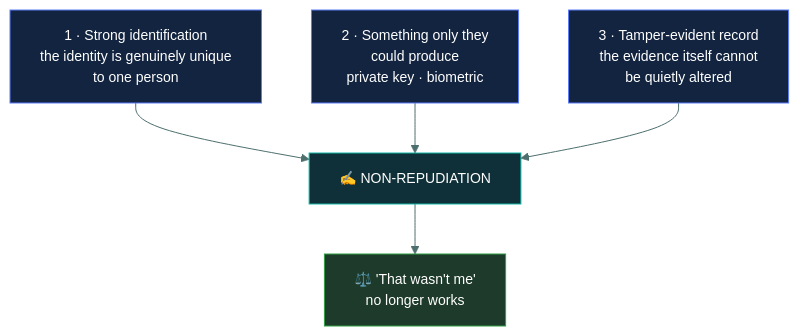
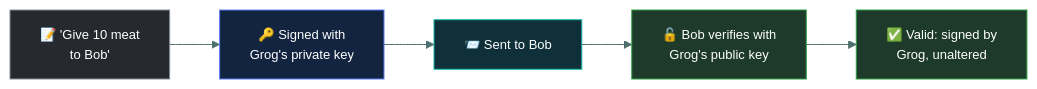
Before and after one commit to tarunTejaDesireddy/cc-exam-prep: the second of 3 diagrams in 01-security-principles/non-repudiation/README.md, drawn with Mermaid. The commit also changed other lines of this file and 1 other file, not shown here.

First line of the commit message:
Rewrite non-repudiation with the Grog's-mark caveman walkthrough

````diff
--- a/01-security-principles/non-repudiation/README.md
+++ b/01-security-principles/non-repudiation/README.md
@@ -67,14 +106,14 @@
 ```mermaid
-%%{init: {'theme':'base','themeVariables':{'fontSize':'14px','lineColor':'#4d6f6e','textColor':'#dbe7e6'}}}%%
-flowchart TD
-    A["1 · Strong identification<br/>the identity is genuinely unique<br/>to one person"] --> N["✍️ NON-REPUDIATION"]
-    B["2 · Something only they<br/>could produce<br/>private key · biometric"] --> N
-    C["3 · Tamper-evident record<br/>the evidence itself cannot<br/>be quietly altered"] --> N
-    N --> R["⚖️ 'That wasn't me'<br/>no longer works"]
+%%{init: {'theme':'base','themeVariables':{'fontFamily':'Segoe UI, Helvetica Neue, Arial, sans-serif','fontSize':'13px','lineColor':'#4d6f6e','textColor':'#dbe7e6'}}}%%
+flowchart LR
+    MSG["📝 'Give 10 meat<br/>to Bob'"] --> SIGN["🔑 Signed with<br/>Grog's private key"]
+    SIGN --> SEND["📨 Sent to Bob"]
+    SEND --> VER["🔓 Bob verifies with<br/>Grog's public key"]
+    VER --> OK["✅ Valid: signed by<br/>Grog, unaltered"]
 
-    style A fill:#12243f,stroke:#5C7CFA,color:#fff
-    style B fill:#12243f,stroke:#5C7CFA,color:#fff
-    style C fill:#12243f,stroke:#5C7CFA,color:#fff
-    style N fill:#0f3038,stroke:#12B5A5,color:#fff
-    style R fill:#1d3a2a,stroke:#2F9E44,color:#fff
+    style MSG fill:#26292e,stroke:#868E96,color:#fff
+    style SIGN fill:#12243f,stroke:#5C7CFA,color:#fff
+    style SEND fill:#0f3038,stroke:#12B5A5,color:#fff
+    style VER fill:#1d3a2a,stroke:#2F9E44,color:#fff
+    style OK fill:#1d3a2a,stroke:#2F9E44,color:#fff
 ```
````
